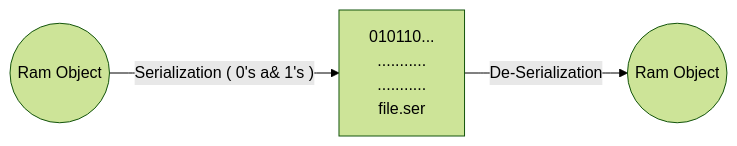
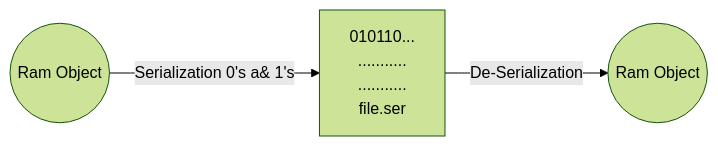
Before and after one commit to shankarbhola/Java-Notes-by-Pankaj-Sir: the diagram in core_30 10-01-2024 Serialization DeSerializatiob.md, drawn with Mermaid (forest theme).

Commit message:
core 30 changes 3

````diff
--- a/core_30 10-01-2024 Serialization DeSerializatiob.md
+++ b/core_30 10-01-2024 Serialization DeSerializatiob.md
@@ -5,8 +5,8 @@
 ```mermaid
 graph LR
 A((Ram Object ))
 B[010110... <br> ........... <br> ........... <br> file.ser]
-A  -- Serialization ( 0's a& 1's ) --> B
+A  -- Serialization  0's a& 1's  --> B
 C((Ram Object))
 B-- De-Serialization --> C
 ```
````
